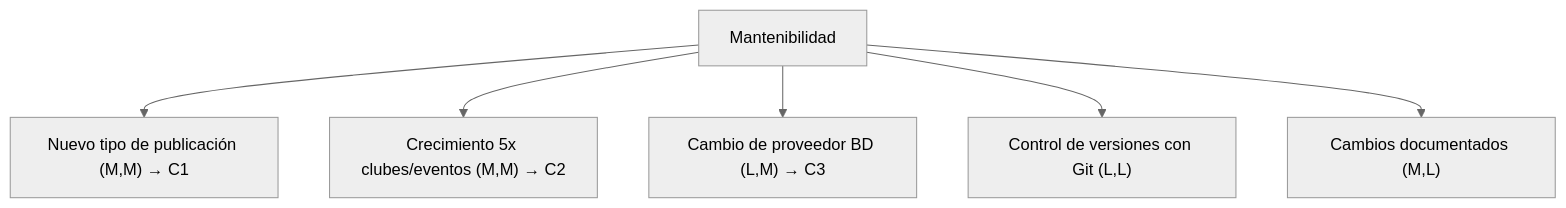
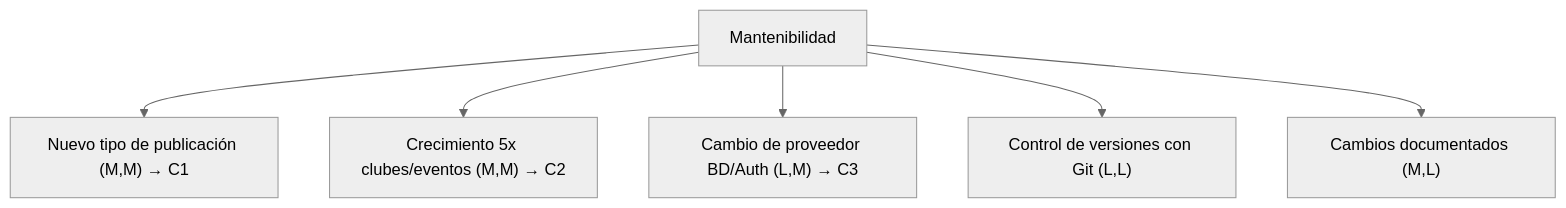
One commit to ISCOUTB/AS_202620_Clubs_UTB changed the fourth of 4 diagrams in docs/arc42/10_requisitos_de_calidad.md. Above: the diagram before and after it, drawn with Mermaid (neutral theme). The commit also changed other lines of this file and 42 other files, not shown here.

````diff
--- a/docs/arc42/10_requisitos_de_calidad.md
+++ b/docs/arc42/10_requisitos_de_calidad.md
@@ -62,8 +43,8 @@
 ```mermaid
 graph TD
     M[Mantenibilidad] --> M1["Nuevo tipo de publicación (M,M) → C1"]
     M --> M2["Crecimiento 5x clubes/eventos (M,M) → C2"]
-    M --> M3["Cambio de proveedor BD (L,M) → C3"]
+    M --> M3["Cambio de proveedor BD/Auth (L,M) → C3"]
     M --> M4["Control de versiones con Git (L,L)"]
     M --> M5["Cambios documentados (M,L)"]
 ```
````
